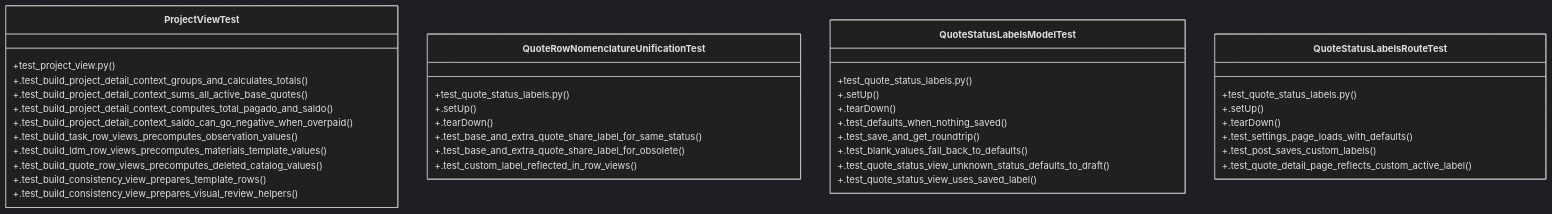
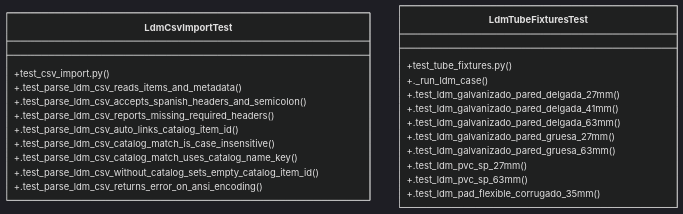
Before and after one commit to Daftrick/ProjectTracker: the diagram in graphify-out/wiki/Community_10.md, drawn with Mermaid (dark theme). The commit also changed other lines of this file and 522 other files, not shown here.

````diff
--- a/graphify-out/wiki/Community_10.md
+++ b/graphify-out/wiki/Community_10.md
@@ -36,41 +36,26 @@
 ```mermaid
 classDiagram
-    class ProjectViewTest {
-        +test_project_view.py()
-        +.test_build_project_detail_context_groups_and_calculates_totals()
-        +.test_build_project_detail_context_sums_all_active_base_quotes()
-        +.test_build_project_detail_context_computes_total_pagado_and_saldo()
-        +.test_build_project_detail_context_saldo_can_go_negative_when_overpaid()
-        +.test_build_task_row_views_precomputes_observation_values()
-        +.test_build_ldm_row_views_precomputes_materials_template_values()
-        +.test_build_quote_row_views_precomputes_deleted_catalog_values()
-        +.test_build_consistency_view_prepares_template_rows()
-        +.test_build_consistency_view_prepares_visual_review_helpers()
+    class LdmCsvImportTest {
+        +test_csv_import.py()
+        +.test_parse_ldm_csv_reads_items_and_metadata()
+        +.test_parse_ldm_csv_accepts_spanish_headers_and_semicolon()
+        +.test_parse_ldm_csv_reports_missing_required_headers()
+        +.test_parse_ldm_csv_auto_links_catalog_item_id()
+        +.test_parse_ldm_csv_catalog_match_is_case_insensitive()
+        +.test_parse_ldm_csv_catalog_match_uses_catalog_name_key()
+        +.test_parse_ldm_csv_without_catalog_sets_empty_catalog_item_id()
+        +.test_parse_ldm_csv_returns_error_on_ansi_encoding()
     }
-    class QuoteRowNomenclatureUnificationTest {
-        +test_quote_status_labels.py()
-        +.setUp()
-        +.tearDown()
-        +.test_base_and_extra_quote_share_label_for_same_status()
-        +.test_base_and_extra_quote_share_label_for_obsolete()
-        +.test_custom_label_reflected_in_row_views()
-    }
-    class QuoteStatusLabelsModelTest {
-        +test_quote_status_labels.py()
-        +.setUp()
-        +.tearDown()
-        +.test_defaults_when_nothing_saved()
-        +.test_save_and_get_roundtrip()
-        +.test_blank_values_fall_back_to_defaults()
-        +.test_quote_status_view_unknown_status_defaults_to_draft()
-        +.test_quote_status_view_uses_saved_label()
-    }
-    class QuoteStatusLabelsRouteTest {
-        +test_quote_status_labels.py()
-        +.setUp()
-        +.tearDown()
-        +.test_settings_page_loads_with_defaults()
-        +.test_post_saves_custom_labels()
-        +.test_quote_detail_page_reflects_custom_active_label()
+    class LdmTubeFixturesTest {
+        +test_tube_fixtures.py()
+        +._run_ldm_case()
+        +.test_ldm_galvanizado_pared_delgada_27mm()
+        +.test_ldm_galvanizado_pared_delgada_41mm()
+        +.test_ldm_galvanizado_pared_delgada_63mm()
+        +.test_ldm_galvanizado_pared_gruesa_27mm()
+        +.test_ldm_galvanizado_pared_gruesa_63mm()
+        +.test_ldm_pvc_sp_27mm()
+        +.test_ldm_pvc_sp_63mm()
+        +.test_ldm_pad_flexible_corrugado_35mm()
     }
 ```
````
